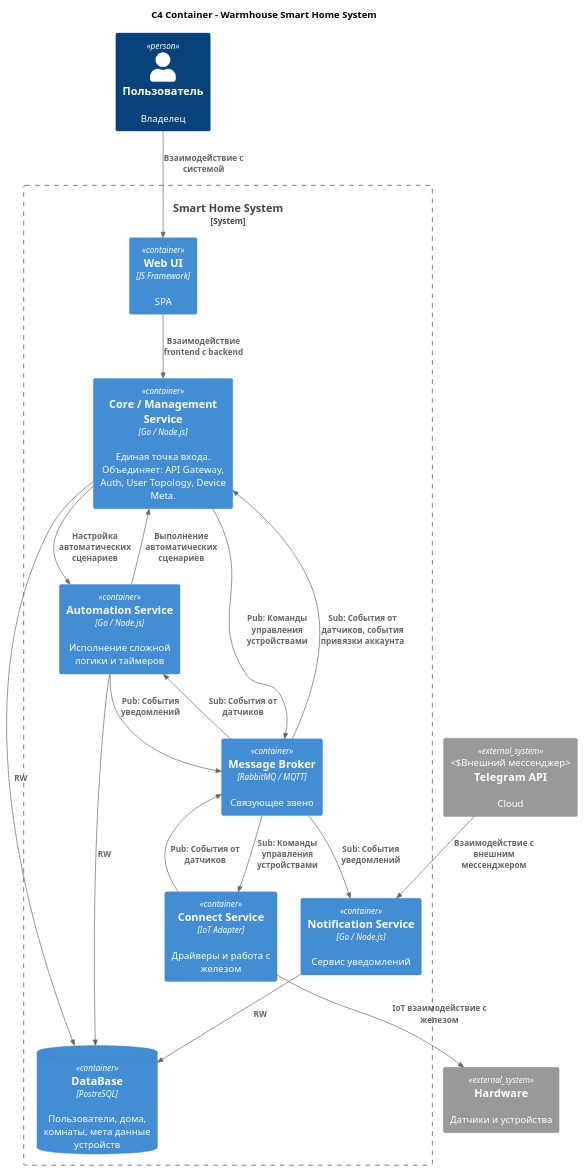
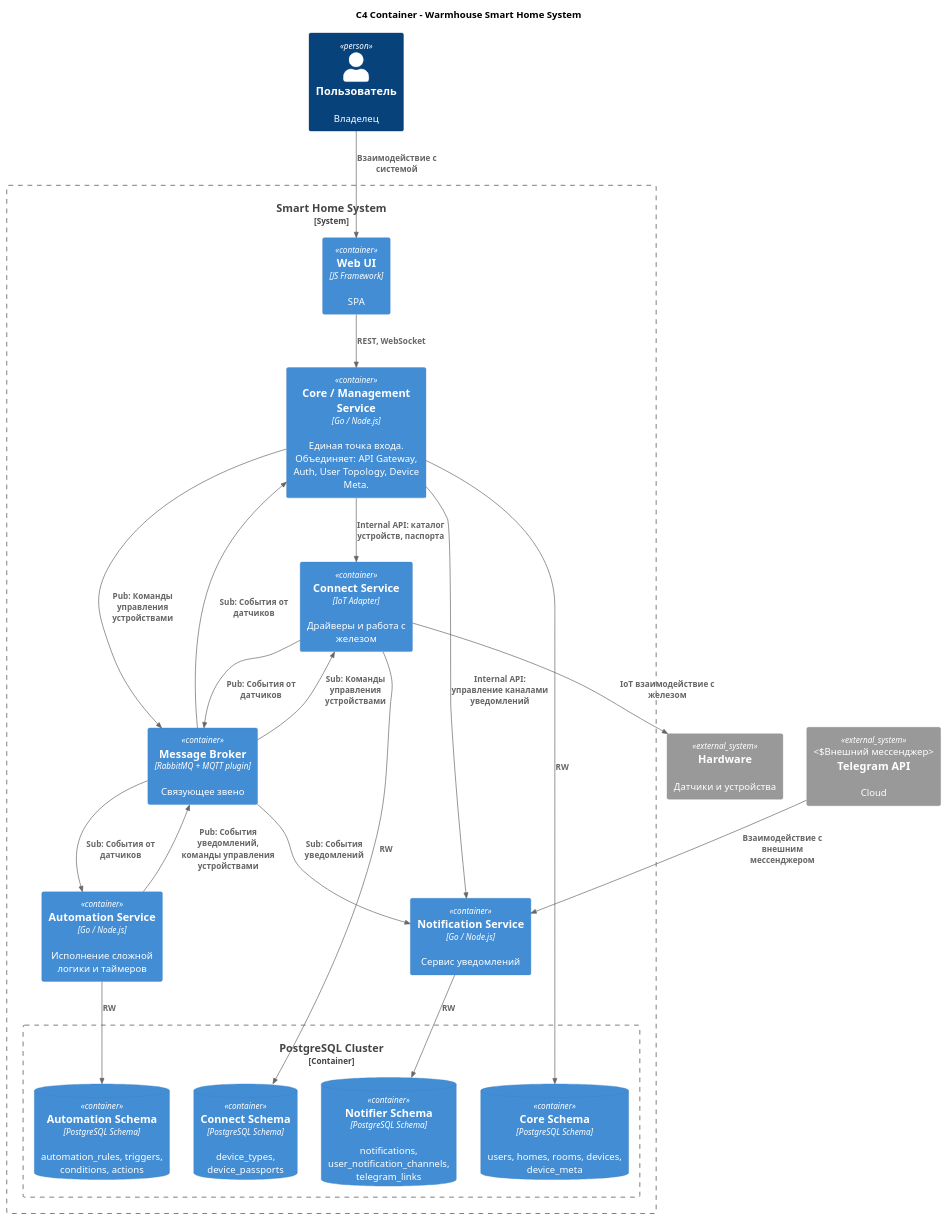
One commit to kalancha/architecture-course changed the diagram in architecture-warmhouse/apps/diagrams/Container.puml. Above: the diagram before and after it, drawn with PlantUML. The commit also changed 23 other files, not shown here.

Commit message:
Refactoring, documentation and temperature-api service

```diff
--- a/architecture-warmhouse/apps/diagrams/Container.puml
+++ b/architecture-warmhouse/apps/diagrams/Container.puml
@@ -1,51 +1,56 @@
 @startuml
 !include https://raw.githubusercontent.com/plantuml-stdlib/C4-PlantUML/master/C4_Container.puml
 
 title C4 Container - Warmhouse Smart Home System
 
 Person(user, "Пользователь", "Владелец")
 
 System_Boundary(smart_home, "Smart Home System") {
 
     Container(web_app, "Web UI", "JS Framework", "SPA")
 
     Container(core_service, "Core / Management Service", "Go / Node.js", "Единая точка входа.\nОбъединяет: API Gateway, Auth, User Topology, Device Meta.")
 
     Container(automation_service, "Automation Service", "Go / Node.js", "Исполнение сложной логики и таймеров")
 
     Container(connect_layer, "Connect Service", "IoT Adapter", "Драйверы и работа с железом")
 
     Container(notification_service, "Notification Service", "Go / Node.js", "Сервис уведомлений")
-    ContainerDb(db_core, "DataBase", "PostreSQL", "Пользователи, дома, комнаты, мета данные устройств")
 
-    Container(broker, "Message Broker", "RabbitMQ / MQTT", "Связующее звено")
+    Container_Boundary(postgres_cluster, "PostgreSQL Cluster") {
+        ContainerDb(db_core, "Core Schema", "PostgreSQL Schema", "users, homes, rooms, devices, device_meta")
+        ContainerDb(db_automation, "Automation Schema", "PostgreSQL Schema", "automation_rules, triggers, conditions, actions")
+        ContainerDb(db_notifier, "Notifier Schema", "PostgreSQL Schema", "notifications, user_notification_channels, telegram_links")
+        ContainerDb(db_connect, "Connect Schema", "PostgreSQL Schema", "device_types, device_passports")
+    }
+
+    Container(broker, "Message Broker", "RabbitMQ + MQTT plugin", "Связующее звено")
 }
 
 
 System_Ext(telegram_api, "Telegram API", "Cloud", "Внешний мессенджер")
 System_Ext(devices, "Hardware", "Датчики и устройства")
 
 Rel(telegram_api, notification_service, "Взаимодействие с внешним мессенджером")
 
 Rel(user, web_app, "Взаимодействие с системой")
-Rel(web_app, core_service, "Взаимодействие frontend с backend")
+Rel(web_app, core_service, "REST, WebSocket")
 
-' Core interactions
-Rel(core_service, db_core, "RW")
-Rel(automation_service, db_core,"RW")
 Rel(core_service, broker, "Pub: Команды управления устройствами")
-Rel(broker, core_service, "Sub: События от датчиков, события привязки аккаунта")
+Rel(broker, core_service, "Sub: События от датчиков")
+Rel(core_service, notification_service, "Internal API: управление каналами уведомлений")
+Rel(core_service, connect_layer, "Internal API: каталог устройств, паспорта")
 Rel(broker, connect_layer, "Sub: Команды управления устройствами")
 Rel(connect_layer, broker, "Pub: События от датчиков")
 
-Rel(automation_service, core_service, "Выполнение автоматических сценариев")
-Rel(core_service, automation_service, "Настройка автоматических сценариев")
-
+Rel(core_service, db_core, "RW")
+Rel(automation_service, db_automation,"RW")
+Rel(notification_service, db_notifier, "RW")
+Rel(connect_layer, db_connect, "RW")
 
 Rel(broker, notification_service, "Sub: События уведомлений")
 Rel(broker, automation_service, "Sub: События от датчиков")
-Rel(automation_service, broker, "Pub: События уведомлений")
-Rel(notification_service, db_core, "RW")
+Rel(automation_service, broker, "Pub: События уведомлений, команды управления устройствами")
 Rel(connect_layer, devices, "IoT взаимодействие с железом")
 
 @enduml
```
